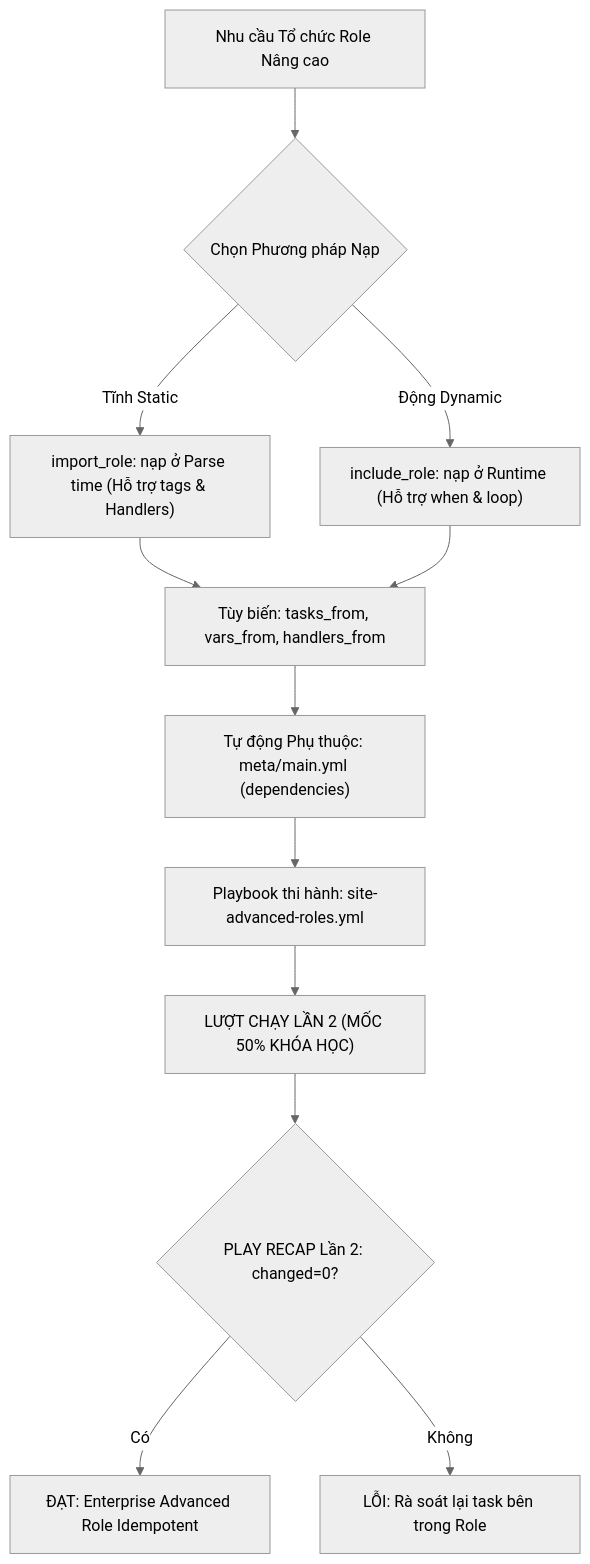
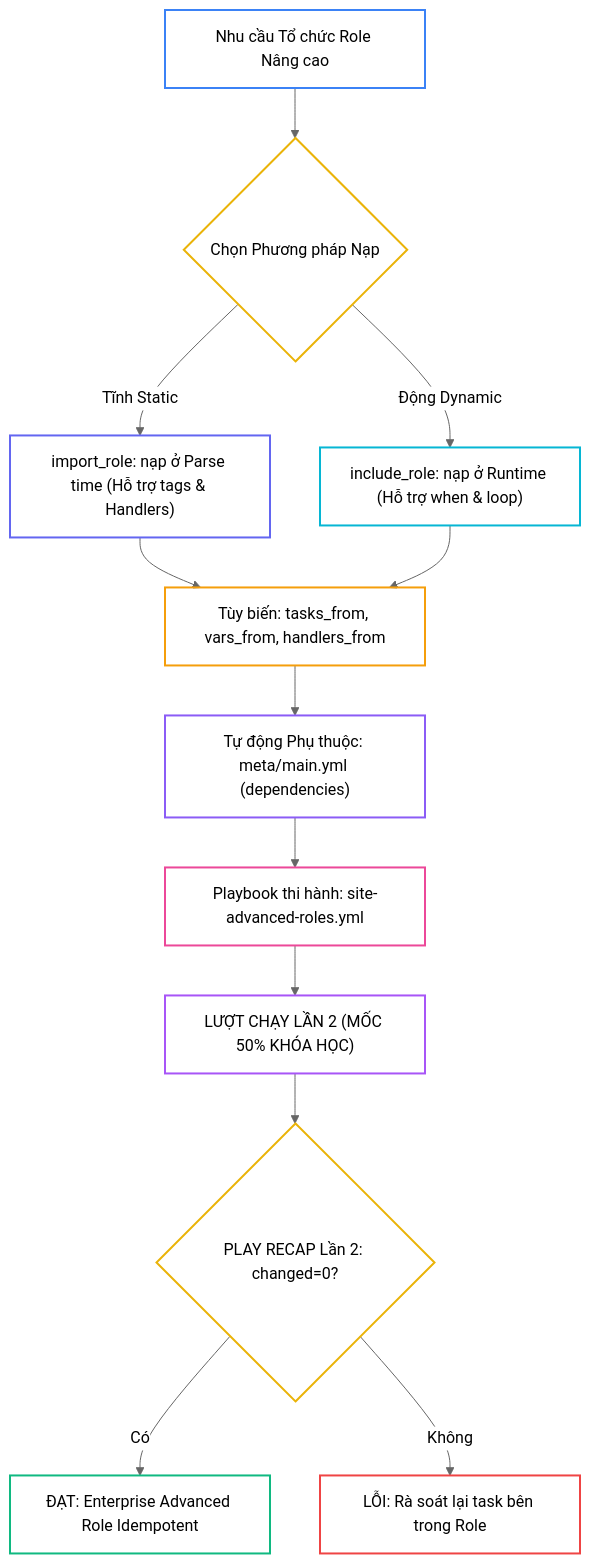
One commit to kiennt308/ntk changed the second of 3 diagrams in _posts/2026-09-13-ansible-15-15-roles-advanced.md. Above: the diagram before and after it, drawn with Mermaid (neutral theme). The commit also changed other lines of this file and 30 other files, not shown here.

````diff
--- a/_posts/2026-09-13-ansible-15-15-roles-advanced.md
+++ b/_posts/2026-09-13-ansible-15-15-roles-advanced.md
@@ -313,18 +323,30 @@
 ```mermaid
 flowchart TD
     A["Nhu cầu Tổ chức Role Nâng cao"] --> B{"Chọn Phương pháp Nạp"}
     
     B -->|"Tĩnh Static"| C["import_role: nạp ở Parse time (Hỗ trợ tags & Handlers)"]
     B -->|"Động Dynamic"| D["include_role: nạp ở Runtime (Hỗ trợ when & loop)"]
     
     C --> E["Tùy biến: tasks_from, vars_from, handlers_from"]
     D --> E
     
     E --> F["Tự động Phụ thuộc: meta/main.yml (dependencies)"]
     F --> G["Playbook thi hành: site-advanced-roles.yml"]
     
     G --> H["LƯỢT CHẠY LẦN 2 (MỐC 50% KHÓA HỌC)"]
     H --> I{"PLAY RECAP Lần 2: changed=0?"}
-    I -- Có --> J["ĐẠT: Enterprise Advanced Role Idempotent"]
-    I -- Không --> K["LỖI: Rà soát lại task bên trong Role"]
+    I -->|"Có"| J["ĐẠT: Enterprise Advanced Role Idempotent"]
+    I -->|"Không"| K["LỖI: Rà soát lại task bên trong Role"]
+
+    style A fill:none,stroke:#3b82f6,stroke-width:2px
+    style B fill:none,stroke:#eab308,stroke-width:2px
+    style C fill:none,stroke:#6366f1,stroke-width:2px
+    style D fill:none,stroke:#06b6d4,stroke-width:2px
+    style E fill:none,stroke:#f59e0b,stroke-width:2px
+    style F fill:none,stroke:#8b5cf6,stroke-width:2px
+    style G fill:none,stroke:#ec4899,stroke-width:2px
+    style H fill:none,stroke:#a855f7,stroke-width:2px
+    style I fill:none,stroke:#eab308,stroke-width:2px
+    style J fill:none,stroke:#10b981,stroke-width:2px
+    style K fill:none,stroke:#ef4444,stroke-width:2px
 ```
````
